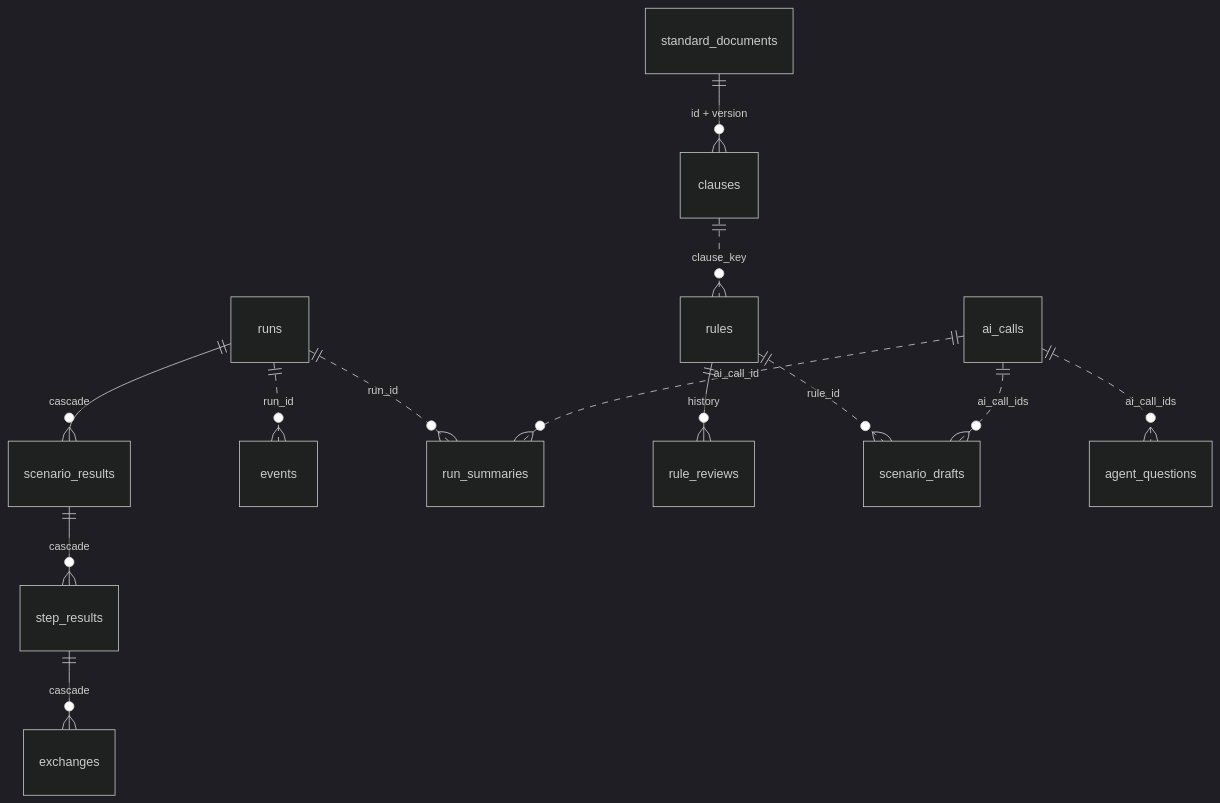
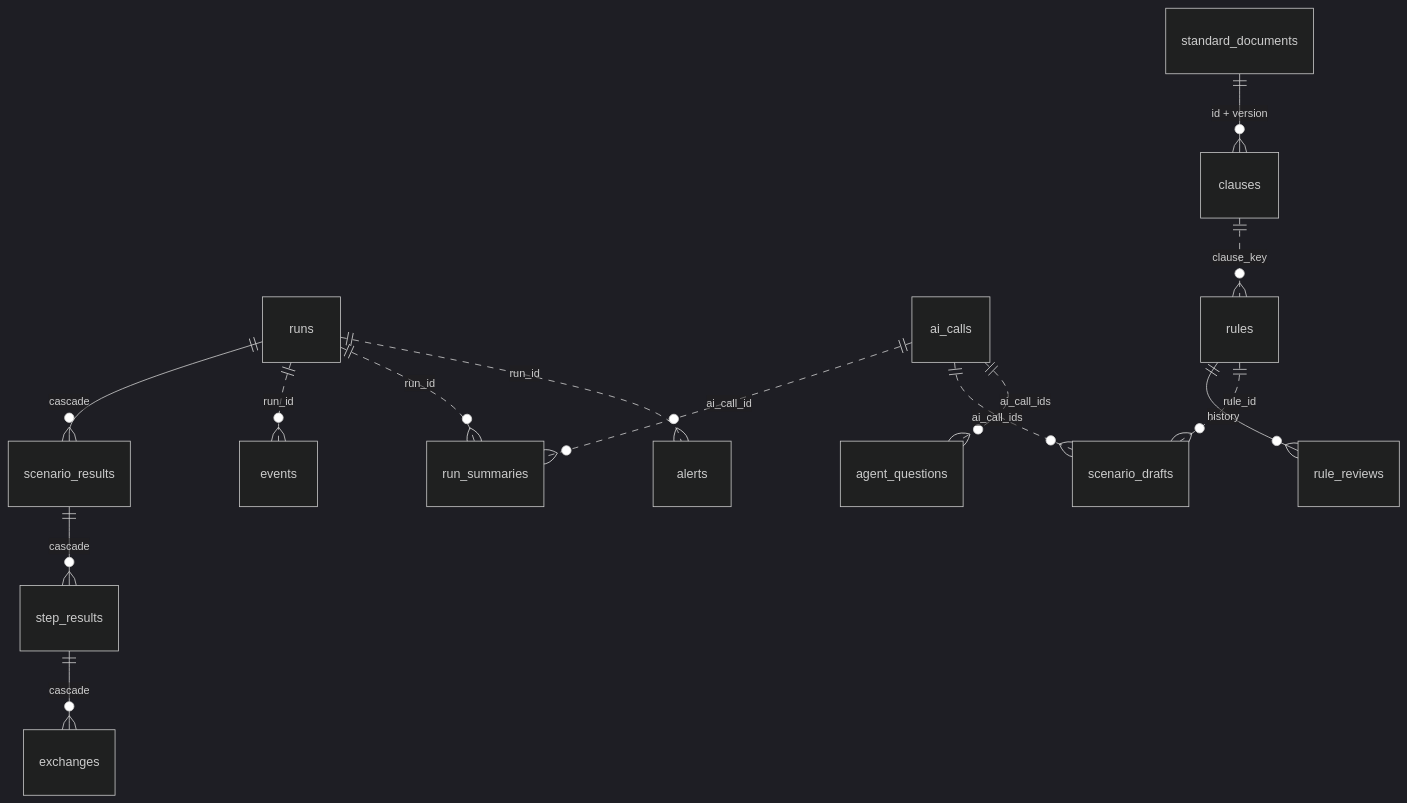
The tenth of 10 diagrams in ARCHITECTURE.md (levan-petrosiani/Aurasoft-Monitoring), drawn with Mermaid (dark theme) before and after one commit. The commit also changed other lines of this file and 25 other files, not shown here.

````diff
--- a/ARCHITECTURE.md
+++ b/ARCHITECTURE.md
@@ -211,15 +231,16 @@
 ```mermaid
 erDiagram
     runs ||--o{ scenario_results : "cascade"
     scenario_results ||--o{ step_results : "cascade"
     step_results ||--o{ exchanges : "cascade"
     runs ||..o{ events : "run_id"
     runs ||..o{ run_summaries : "run_id"
     ai_calls ||..o{ run_summaries : "ai_call_id"
     standard_documents ||--o{ clauses : "id + version"
     clauses ||..o{ rules : "clause_key"
     rules ||--o{ rule_reviews : "history"
     rules ||..o{ scenario_drafts : "rule_id"
     ai_calls ||..o{ scenario_drafts : "ai_call_ids"
     ai_calls ||..o{ agent_questions : "ai_call_ids"
+    runs ||..o{ alerts : "run_id"
 ```
````
